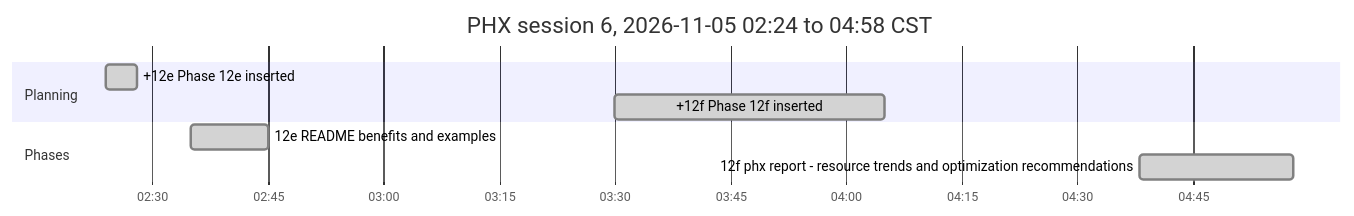
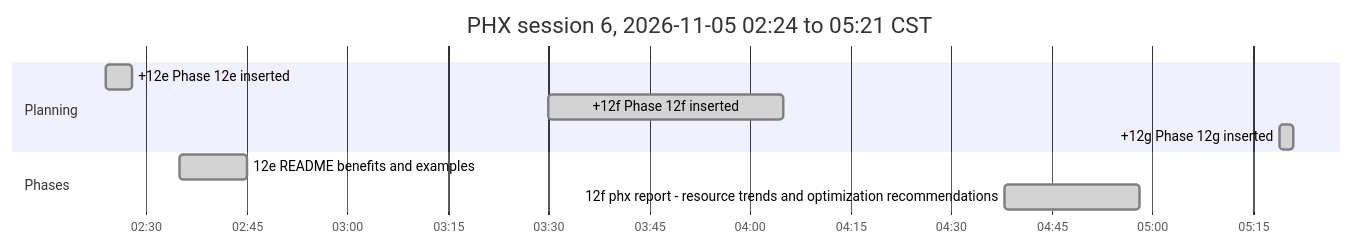
One commit to antonizick/PhaseHypervisor changed the sixth of 6 diagrams in docs/PHX_FINAL-REPORT.md. Above: the diagram before and after it, drawn with Mermaid. The commit also changed other lines of this file and 4 other files, not shown here.

Commit message:
docs(plan): add phase 12g (phx report project summaries)

````diff
--- a/docs/PHX_FINAL-REPORT.md
+++ b/docs/PHX_FINAL-REPORT.md
@@ -162,12 +162,13 @@
 ```mermaid
 gantt
-    title PHX session 6, 2026-11-05 02:24 to 04:58 CST
+    title PHX session 6, 2026-11-05 02:24 to 05:21 CST
     dateFormat YYYY-MM-DD HH:mm
     axisFormat %H:%M
     section Planning
     +12e Phase 12e inserted :done, plan4, 2026-11-05 02:24, 2026-11-05 02:28
     +12f Phase 12f inserted :done, plan5, 2026-11-05 03:30, 2026-11-05 04:05
+    +12g Phase 12g inserted :done, plan6, 2026-11-05 05:19, 2026-11-05 05:21
     section Phases
     12e README benefits and examples :done, p12es6, 2026-11-05 02:35, 2026-11-05 02:45
     12f phx report - resource trends and optimization recommendations :done, p12fs6, 2026-11-05 04:38, 2026-11-05 04:58
 ```
````
